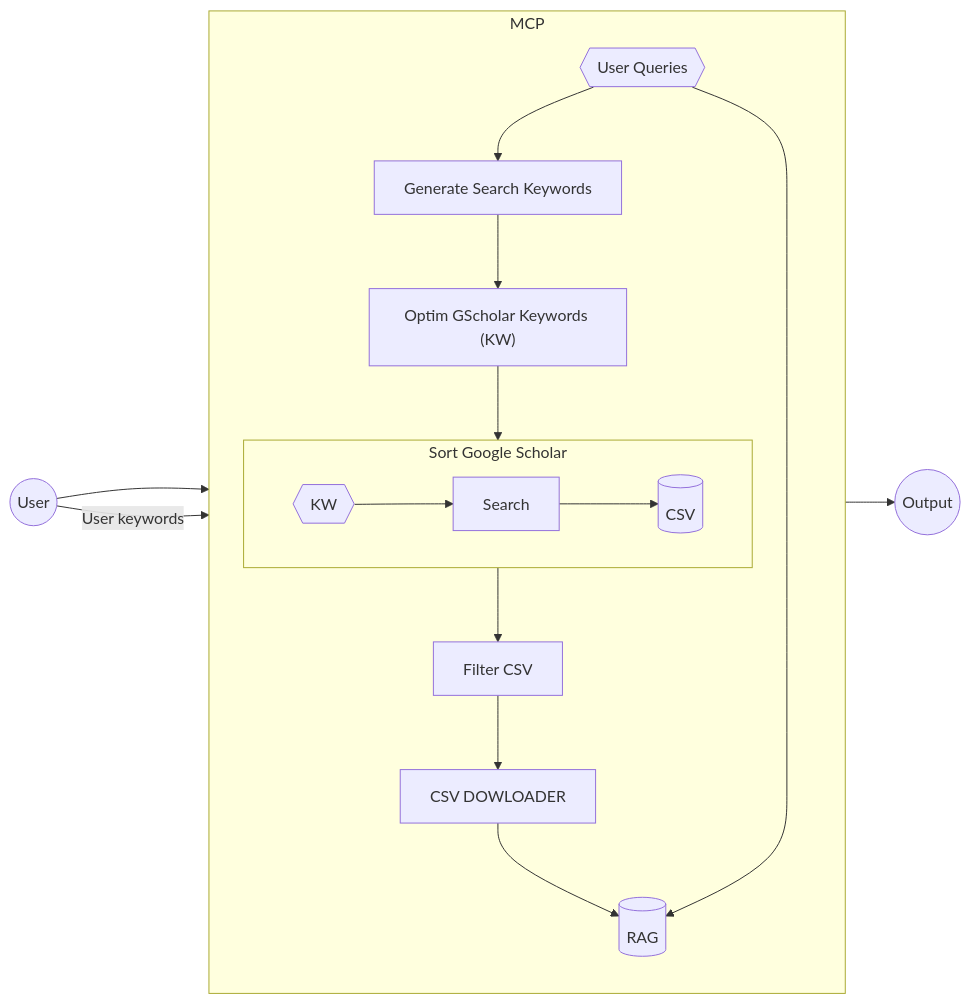
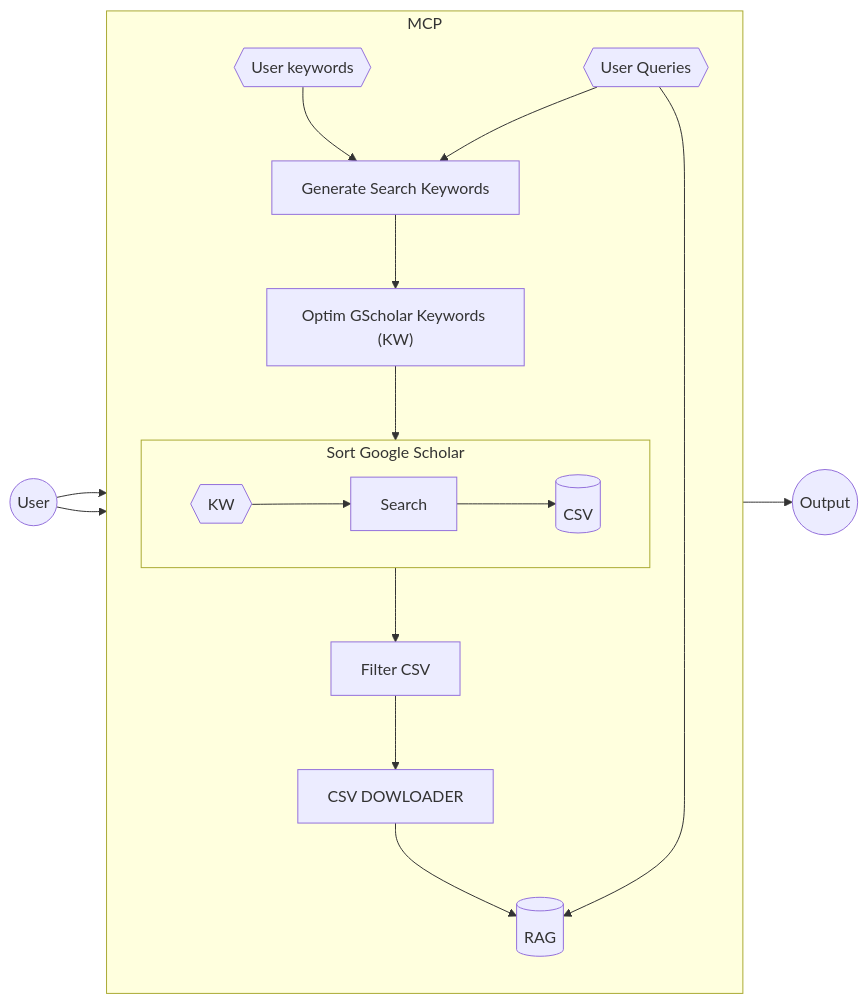
The diagram in MCP_PLAN.md (f3270/sort-google-scholar-mcp), drawn with Mermaid before and after one commit.

Commit message:
fix mermaid workplan

````diff
--- a/MCP_PLAN.md
+++ b/MCP_PLAN.md
@@ -9,22 +9,23 @@
 ```mermaid
 flowchart LR
 
-U(("User")) --> UQ 
-U --> |User keywords| GKW
-UQ --> GKW
+U(("User")) --> UQ{{"User Queries"}}
+U --> UKW{{"User keywords"}}
 
 subgraph MCP
 direction TB
+    UKW --> GKW
+    UQ --> GKW
     GKW["Generate Search Keywords"]
     GKW --> OKW["Optim GScholar Keywords (KW)"]
     OKW --> SGS
     subgraph SGS["Sort Google Scholar"]
         KW{{KW}} --> Search --> CSV[(CSV)]
     end
     SGS --> F["Filter CSV"]
     F --> CSVD["CSV DOWLOADER"]
     CSVD --> R[(RAG)]
     UQ{{"User Queries"}} --> R
 end
 R --> O((Output))
 ```
````
